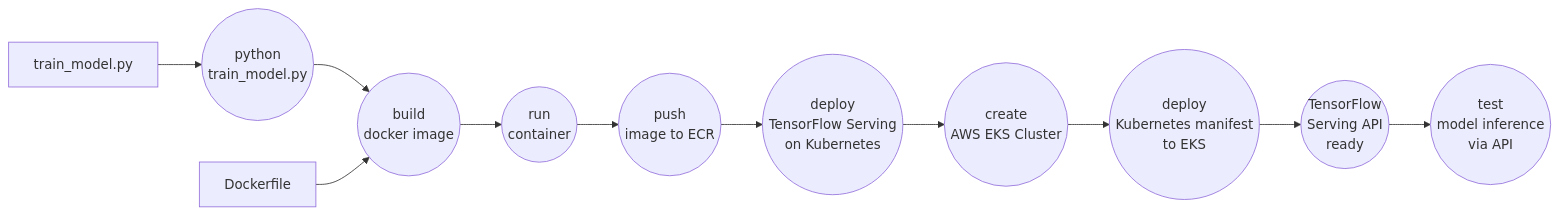
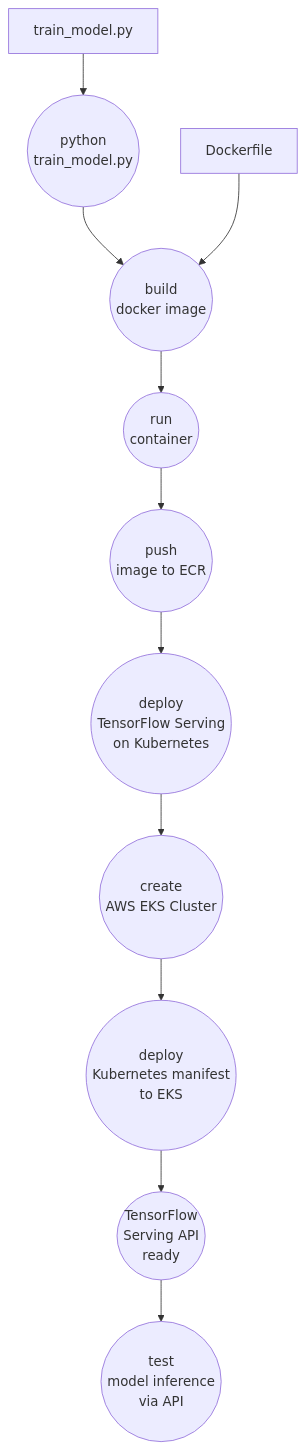
The second of 4 diagrams in README.md (ketut-garjita/E-Commerce-Engagement-ML), drawn with Mermaid before and after one commit.

````diff
--- a/README.md
+++ b/README.md
@@ -122,26 +122,26 @@
 ```mermaid
-graph LR
+graph TD
     A((python
 train_model.py)) --> B((build
 docker image))
     B --> C((run
 container))
     train_model.py --> A
     Dockerfile --> B
     C --> D((push
 image to ECR))
     D --> E((deploy 
 TensorFlow Serving
 on Kubernetes))
     E --> F((create
 AWS EKS Cluster))
     F --> G((deploy 
 Kubernetes manifest
 to EKS))
     G --> H((TensorFlow
 Serving API
 ready))
     H --> I((test 
 model inference
 via API))
 ```
````
